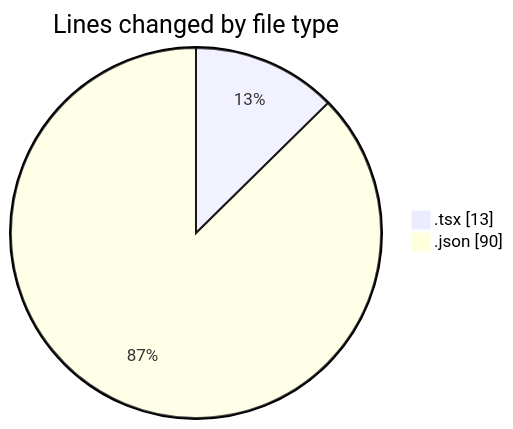
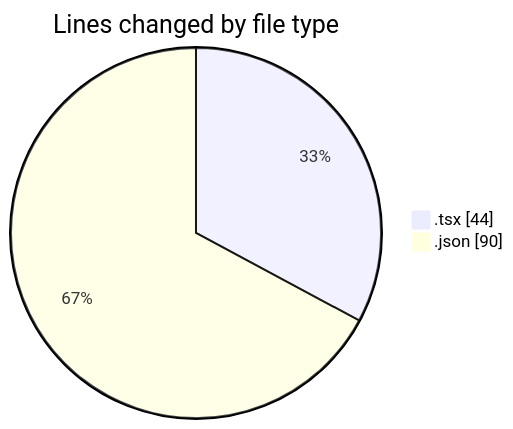
Before and after one commit to momahboobian/code-tracking: the first of 2 diagrams in 2026-05-13/cda/README.md, drawn with Mermaid. The commit also changed other lines of this file and 1 other file, not shown here.

````diff
--- a/2026-05-13/cda/README.md
+++ b/2026-05-13/cda/README.md
@@ -21,6 +21,6 @@
 ```mermaid
 pie showData
 title Lines changed by file type
-".tsx" : 13
+".tsx" : 44
 ".json" : 90
 ```
````
